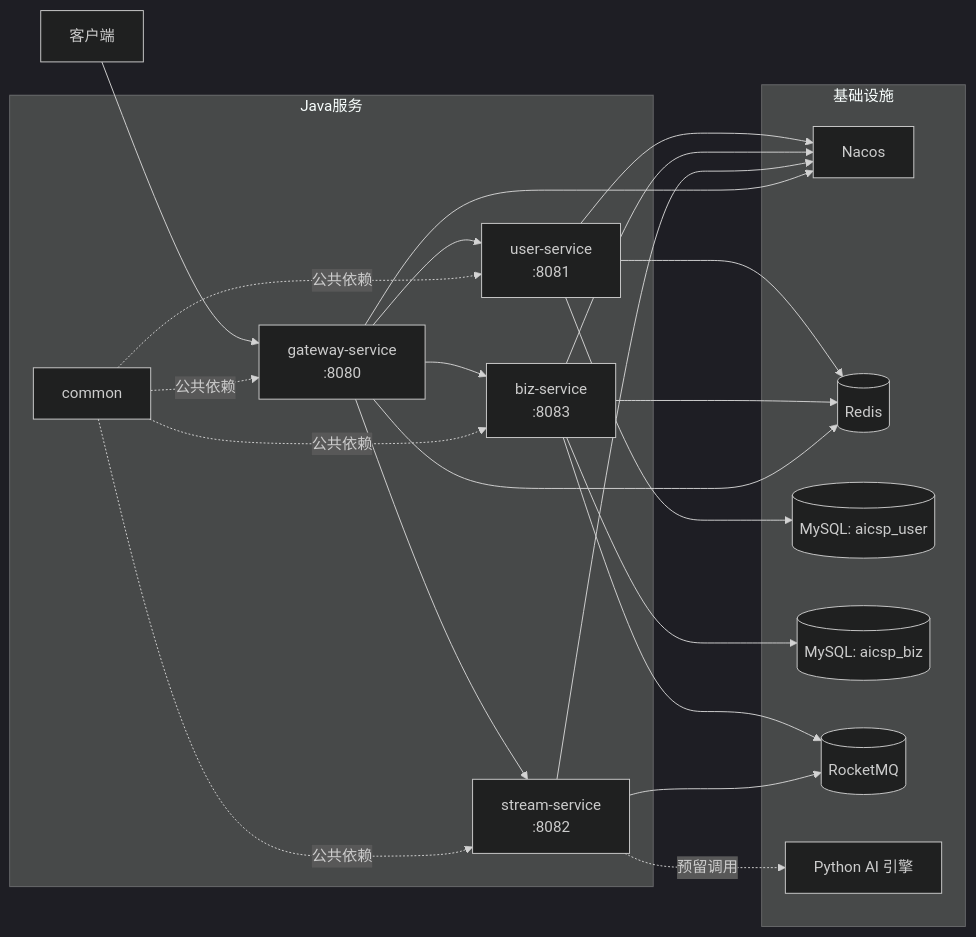
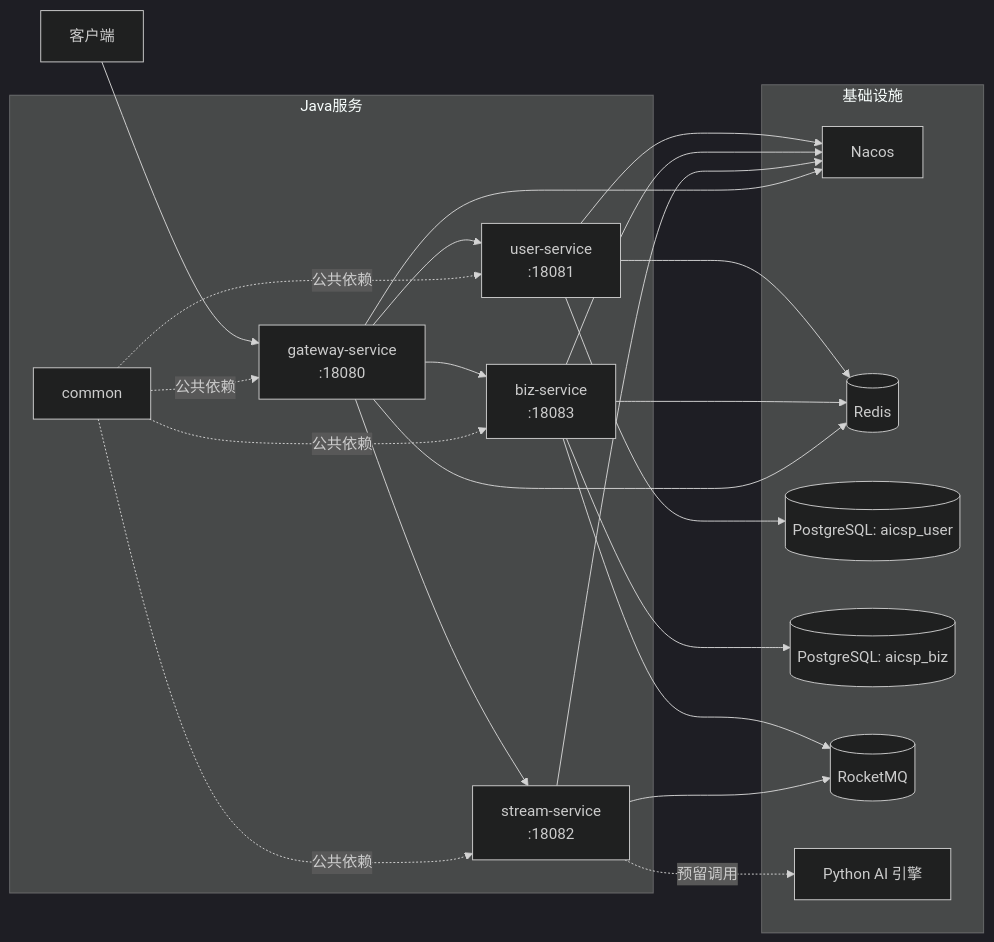
The first of 3 diagrams in README.md (Pymjl/ai-customer-service-platform), drawn with Mermaid (dark theme) before and after one commit. The commit also changed other lines of this file and 26 other files, not shown here.

````diff
--- a/README.md
+++ b/README.md
@@ -53,47 +53,47 @@
 ```mermaid
 flowchart LR
     C[客户端]
 
     subgraph Java服务
-        G[gateway-service<br/>:8080]
-        U[user-service<br/>:8081]
-        S[stream-service<br/>:8082]
-        B[biz-service<br/>:8083]
+        G[gateway-service<br/>:18080]
+        U[user-service<br/>:18081]
+        S[stream-service<br/>:18082]
+        B[biz-service<br/>:18083]
         CM[common]
     end
 
     subgraph 基础设施
         NC[Nacos]
         RU[(Redis)]
-        DBU[(MySQL: aicsp_user)]
-        DBB[(MySQL: aicsp_biz)]
+        DBU[(PostgreSQL: aicsp_user)]
+        DBB[(PostgreSQL: aicsp_biz)]
         MQ[(RocketMQ)]
         PY[Python AI 引擎]
     end
 
     C --> G
     G --> U
     G --> S
     G --> B
 
     U --> DBU
     U --> RU
     U --> NC
 
     B --> DBB
     B --> RU
     B --> NC
     B --> MQ
 
     S --> MQ
     S --> NC
     S -. 预留调用 .-> PY
 
     G --> RU
     G --> NC
 
     CM -. 公共依赖 .-> G
     CM -. 公共依赖 .-> U
     CM -. 公共依赖 .-> S
     CM -. 公共依赖 .-> B
 ```
````
